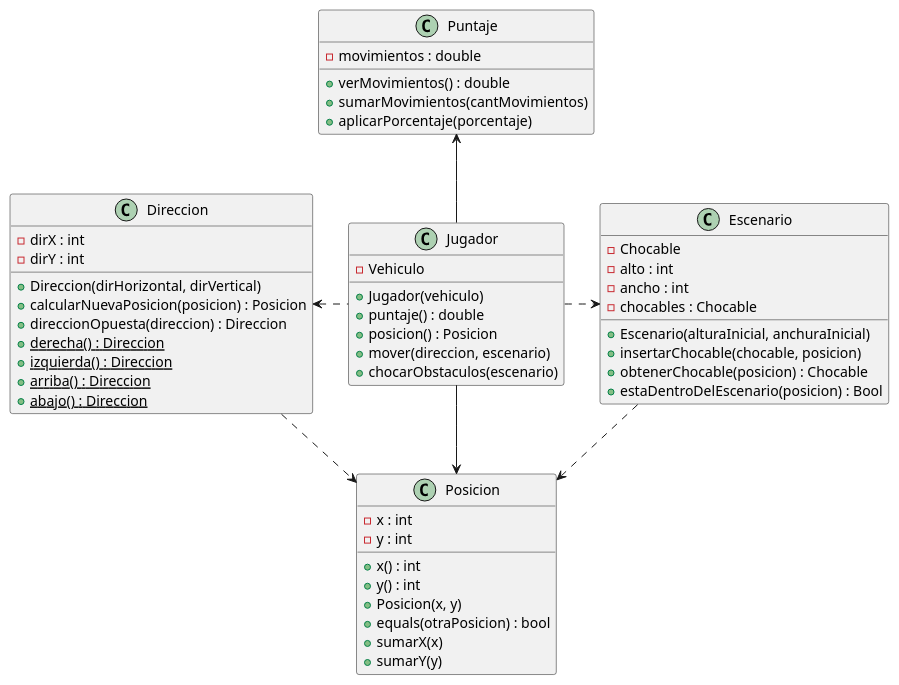
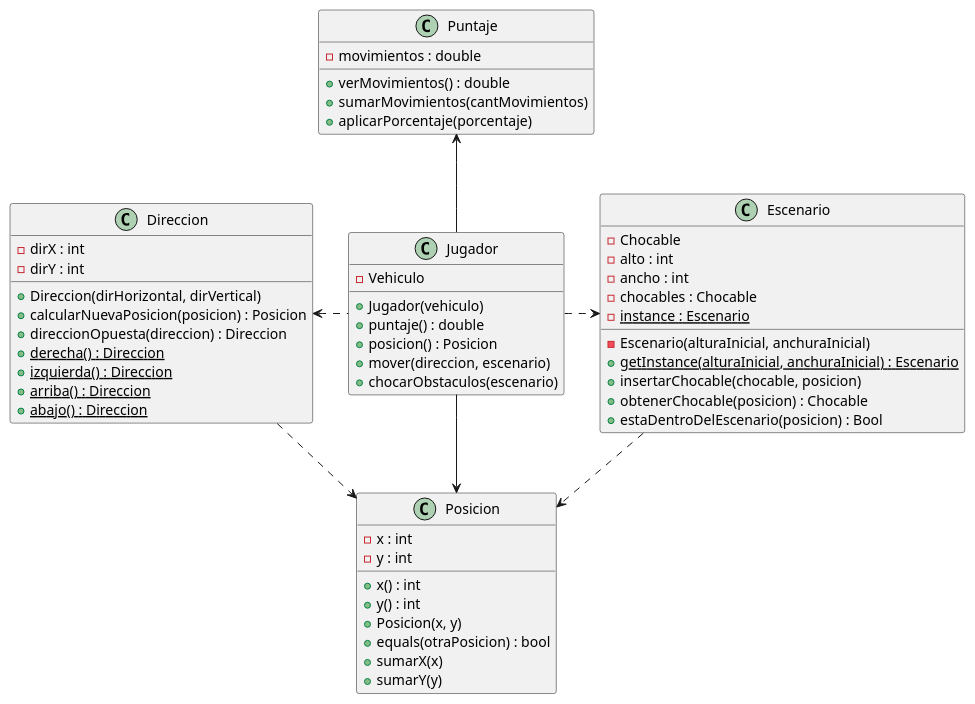
One commit to NestorPala/T17-GPSChallenge changed the diagram in diagrams/classes/diagrama_general.puml. Above: the diagram before and after it, drawn with PlantUML. The commit also changed 10 other files, not shown here.

```diff
--- a/diagrams/classes/diagrama_general.puml
+++ b/diagrams/classes/diagrama_general.puml
@@ -1,65 +1,67 @@
 @startuml
 
 class Jugador {
     - Vehiculo
     + Jugador(vehiculo)
     + puntaje() : double
     + posicion() : Posicion
     + mover(direccion, escenario)
     + chocarObstaculos(escenario)
 }
 
 class Puntaje {
     - movimientos : double
     + verMovimientos() : double
     + sumarMovimientos(cantMovimientos)
     + aplicarPorcentaje(porcentaje)
 
 }
 
 class Direccion{
     - dirX : int
     - dirY : int
     + Direccion(dirHorizontal, dirVertical)
     + calcularNuevaPosicion(posicion) : Posicion
     + direccionOpuesta(direccion) : Direccion
     + derecha() : Direccion {static}
     + izquierda() : Direccion {static}
     + arriba() : Direccion {static}
     + abajo() : Direccion {static}
 }
 
 class Escenario {
     - Chocable
     - alto : int
     - ancho : int
     - chocables : Chocable
-    + Escenario(alturaInicial, anchuraInicial)
+    - {static} instance : Escenario
+    - Escenario(alturaInicial, anchuraInicial)
+    + {static} getInstance(alturaInicial, anchuraInicial) : Escenario
     + insertarChocable(chocable, posicion)
     + obtenerChocable(posicion) : Chocable
     + estaDentroDelEscenario(posicion) : Bool
 }
 
 class Posicion {
     - x : int
     - y : int
     + x() : int
     + y() : int
     + Posicion(x, y)
     + equals(otraPosicion) : bool
     + sumarX(x)
     + sumarY(y)
 }
 
 Puntaje <-- Jugador
 
 Posicion <-- Jugador
 Jugador .> Escenario
 
 Direccion .> Posicion
 Direccion <. Jugador
 
 Escenario ..> Posicion
 
 
 @enduml
```
